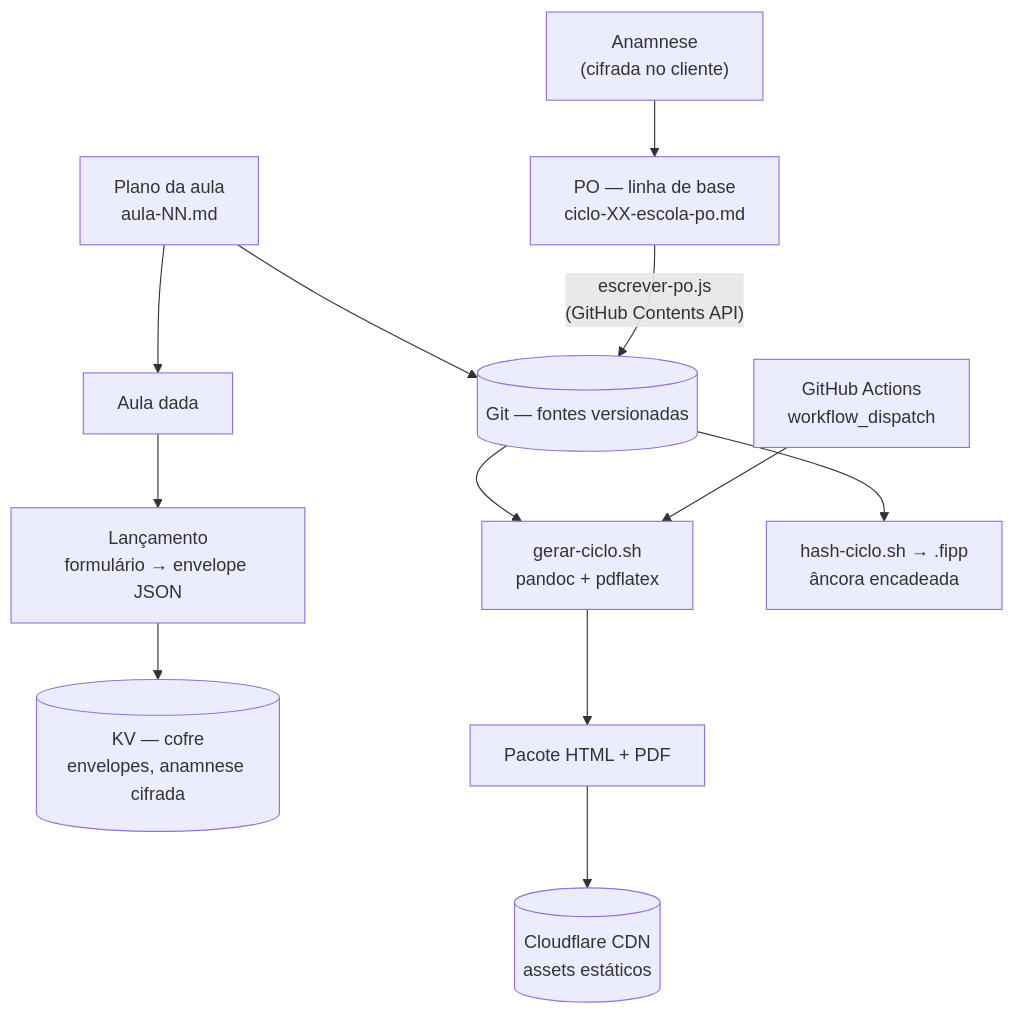
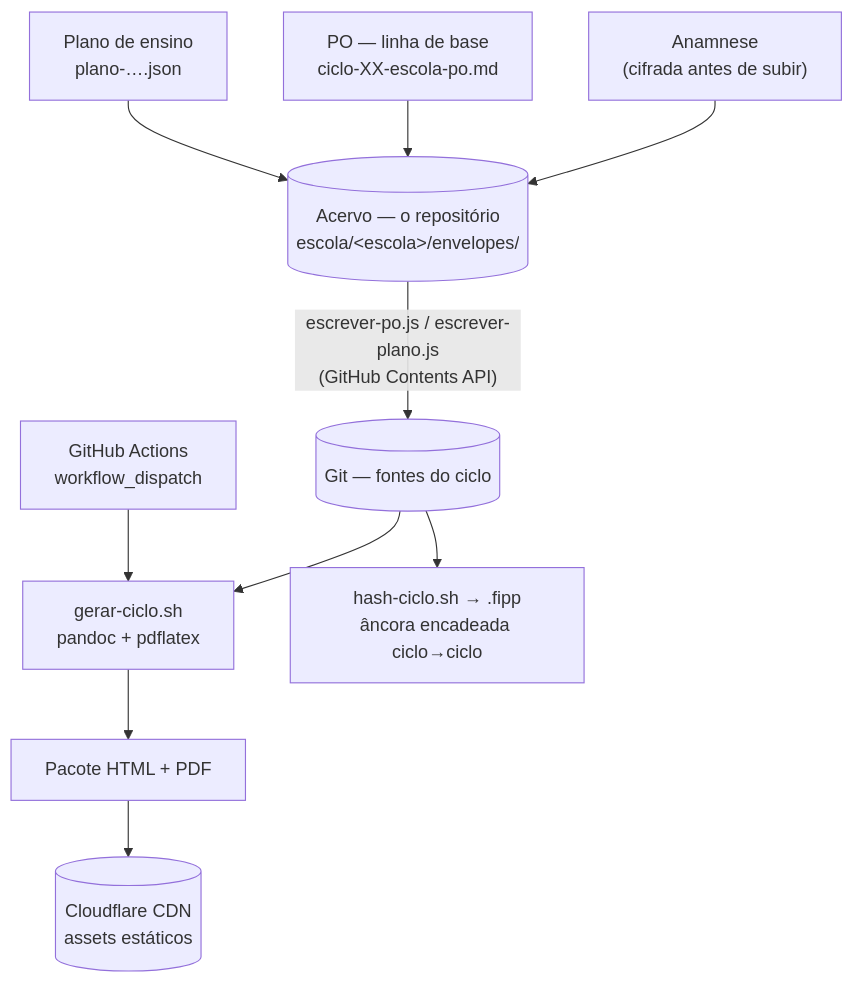
One commit to tmenegaz/danca changed the diagram in ARQUITETURA-GERAL.md. Above: the diagram before and after it, drawn with Mermaid. The commit also changed other lines of this file and 14 other files, not shown here.

````diff
--- a/ARQUITETURA-GERAL.md
+++ b/ARQUITETURA-GERAL.md
@@ -187,14 +255,13 @@
 ```mermaid
 flowchart TB
-    AN["Anamnese<br/>(cifrada no cliente)"] --> PO["PO — linha de base<br/>ciclo-XX-escola-po.md"]
-    PL["Plano da aula<br/>aula-NN.md"] --> AD["Aula dada"]
-    AD --> LC["Lançamento<br/>formulário → envelope JSON"]
-    LC --> KV[("KV — cofre<br/>envelopes, anamnese cifrada")]
-    PL --> GIT[("Git — fontes versionadas")]
-    PO -->|"escrever-po.js<br/>(GitHub Contents API)"| GIT
+    AN["Anamnese<br/>(cifrada antes de subir)"] --> ENV
+    PO["PO — linha de base<br/>ciclo-XX-escola-po.md"] --> ENV
+    PL["Plano de ensino<br/>plano-….json"] --> ENV
+    ENV[("Acervo — o repositório<br/>escola/&lt;escola&gt;/envelopes/")]
+    ENV -->|"escrever-po.js / escrever-plano.js<br/>(GitHub Contents API)"| GIT[("Git — fontes do ciclo")]
     GIT --> GEN["gerar-ciclo.sh<br/>pandoc + pdflatex"]
     GEN --> PAC["Pacote HTML + PDF"]
     PAC --> CDN[("Cloudflare CDN<br/>assets estáticos")]
-    GIT --> ANC["hash-ciclo.sh → .fipp<br/>âncora encadeada"]
+    GIT --> ANC["hash-ciclo.sh → .fipp<br/>âncora encadeada ciclo→ciclo"]
     GH["GitHub Actions<br/>workflow_dispatch"] --> GEN
 ```
````
